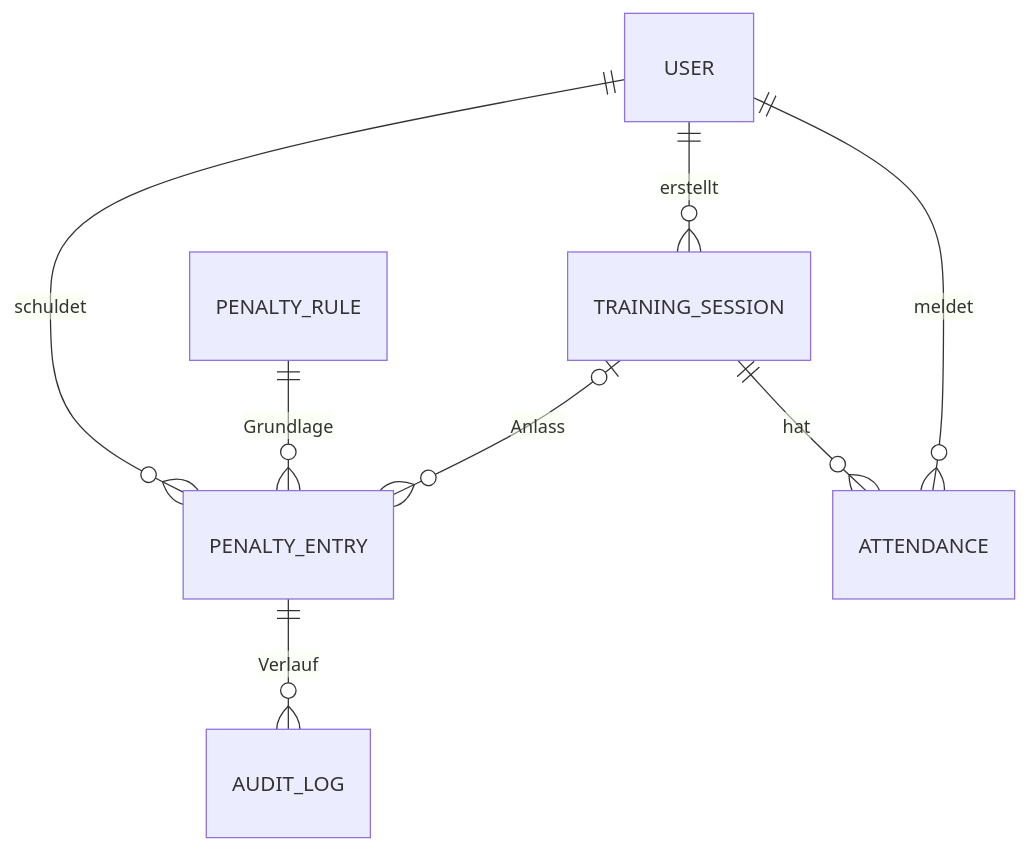
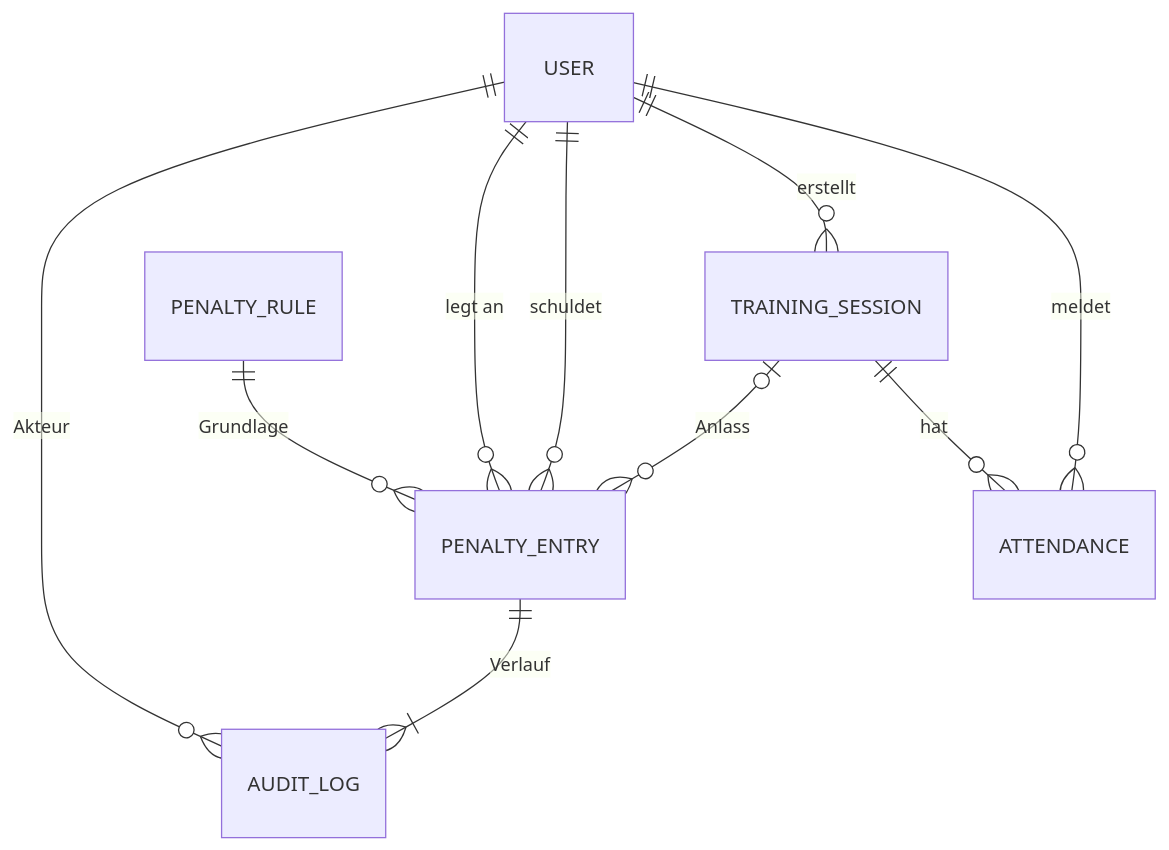
One commit to squadhq-team/squadhq-team changed the first of 2 diagrams in docs/architektur/er-modell.md. Above: the diagram before and after it, drawn with Mermaid. The commit also changed other lines of this file and 14 other files, not shown here.

First line of the commit message:
Diagramme nach P3-Feedback: konkrete Komponenten, Schichten und Diagramme stimmig

````diff
--- a/docs/architektur/er-modell.md
+++ b/docs/architektur/er-modell.md
@@ -7,10 +7,12 @@
 ```mermaid
 erDiagram
   USER ||--o{ ATTENDANCE : "meldet"
   TRAINING_SESSION ||--o{ ATTENDANCE : "hat"
   USER ||--o{ TRAINING_SESSION : "erstellt"
   USER ||--o{ PENALTY_ENTRY : "schuldet"
+  USER ||--o{ PENALTY_ENTRY : "legt an"
   PENALTY_RULE ||--o{ PENALTY_ENTRY : "Grundlage"
   TRAINING_SESSION |o--o{ PENALTY_ENTRY : "Anlass"
-  PENALTY_ENTRY ||--o{ AUDIT_LOG : "Verlauf"
+  PENALTY_ENTRY ||--|{ AUDIT_LOG : "Verlauf"
+  USER ||--o{ AUDIT_LOG : "Akteur"
 ```
````
